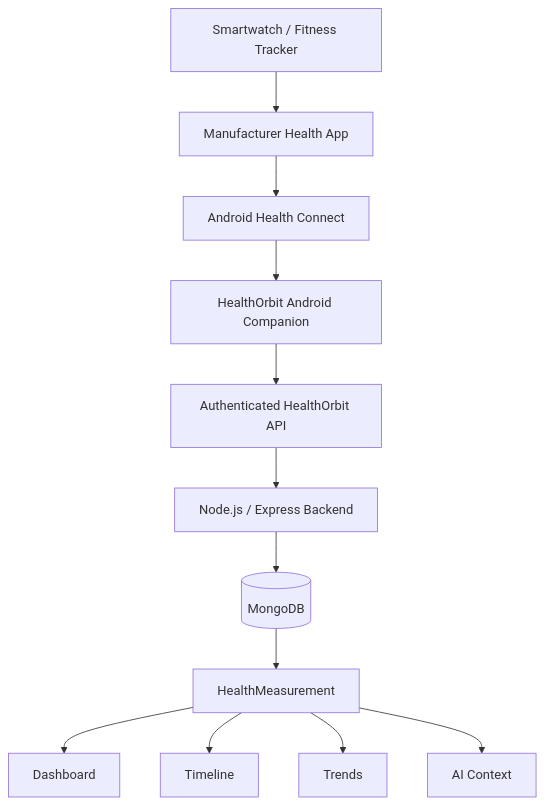
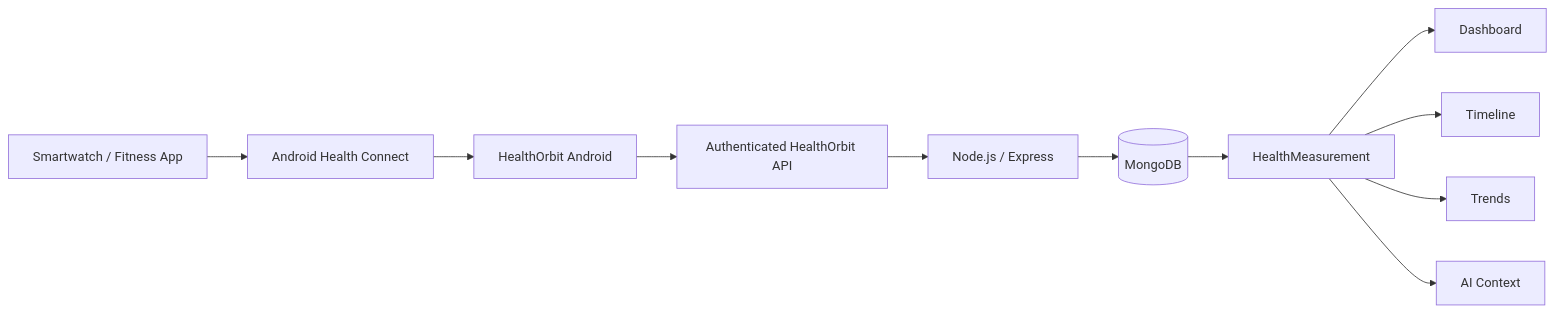
One commit to Its-AtharvDeshmukh/HealthOrbit changed the third of 4 diagrams in README.md. Above: the diagram before and after it, drawn with Mermaid. The commit also changed other lines of this file, not shown here.

````diff
--- a/README.md
+++ b/README.md
@@ -334,22 +197,13 @@
 ```mermaid
-flowchart TD
-    A[Smartwatch / Fitness Tracker]
-    --> B[Manufacturer Health App]
-
-    B --> C[Android Health Connect]
-
-    C --> D[HealthOrbit Android Companion]
-
-    D --> E[Authenticated HealthOrbit API]
-
-    E --> F[Node.js / Express Backend]
-
-    F --> G[(MongoDB)]
-
-    G --> H[HealthMeasurement]
-
-    H --> I[Dashboard]
-    H --> J[Timeline]
-    H --> K[Trends]
-    H --> L[AI Context]
+flowchart LR
+    A[Smartwatch / Fitness App] --> B[Android Health Connect]
+    B --> C[HealthOrbit Android]
+    C --> D[Authenticated HealthOrbit API]
+    D --> E[Node.js / Express]
+    E --> F[(MongoDB)]
+    F --> G[HealthMeasurement]
+    G --> H[Dashboard]
+    G --> I[Timeline]
+    G --> J[Trends]
+    G --> K[AI Context]
 ```
````
